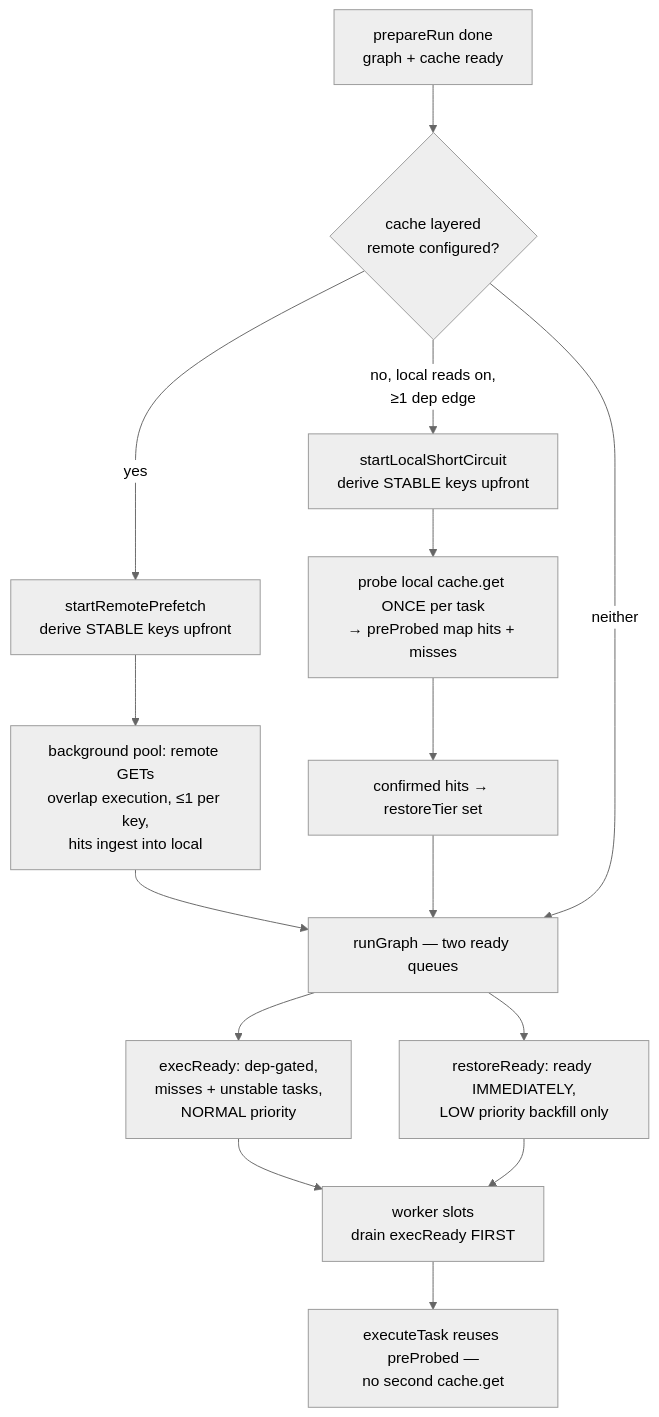
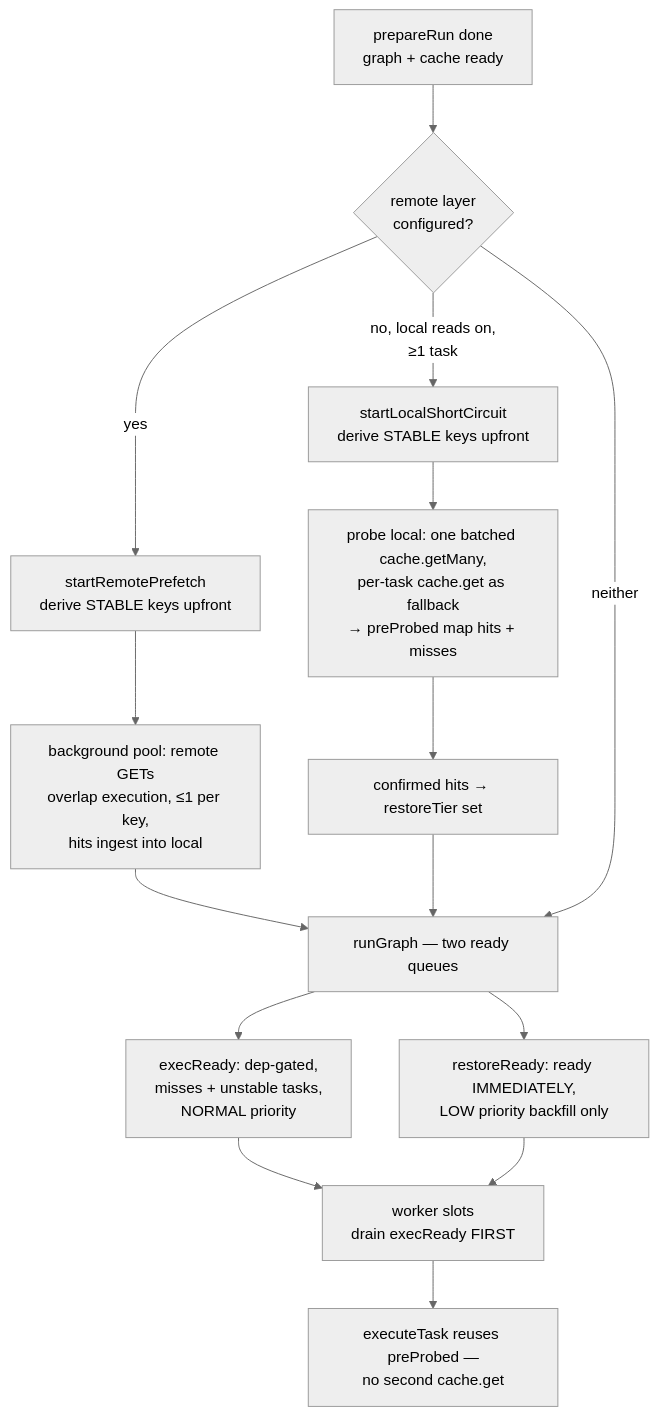
The fourth of 10 diagrams in packages/vx/docs/flows.md (vznjs/vx), drawn with Mermaid (neutral theme) before and after one commit. The commit also changed other lines of this file and 2 other files, not shown here.

First line of the commit message:
Correct flows, patterns and optimizations against the code (J-6)

````diff
--- a/packages/vx/docs/flows.md
+++ b/packages/vx/docs/flows.md
@@ -119,17 +122,17 @@
 ```mermaid
 flowchart TD
-    A[prepareRun done<br/>graph + cache ready] --> B{cache layered<br/>remote configured?}
+    A[prepareRun done<br/>graph + cache ready] --> B{remote layer<br/>configured?}
     B -->|yes| P[startRemotePrefetch<br/>derive STABLE keys upfront]
     P --> P2[background pool: remote GETs<br/>overlap execution, ≤1 per key,<br/>hits ingest into local]
-    B -->|no, local reads on,<br/>≥1 dep edge| L[startLocalShortCircuit<br/>derive STABLE keys upfront]
-    L --> L2[probe local cache.get ONCE per task<br/>→ preProbed map hits + misses]
+    B -->|no, local reads on,<br/>≥1 task| L[startLocalShortCircuit<br/>derive STABLE keys upfront]
+    L --> L2[probe local: one batched cache.getMany,<br/>per-task cache.get as fallback<br/>→ preProbed map hits + misses]
     L2 --> L3[confirmed hits → restoreTier set]
     P2 --> S
     L3 --> S[runGraph — two ready queues]
     B -->|neither| S
     S --> Q1[execReady: dep-gated,<br/>misses + unstable tasks,<br/>NORMAL priority]
     S --> Q2[restoreReady: ready IMMEDIATELY,<br/>LOW priority backfill only]
     Q1 --> W[worker slots<br/>drain execReady FIRST]
     Q2 --> W
     W --> X[executeTask reuses preProbed —<br/>no second cache.get]
 ```
````
